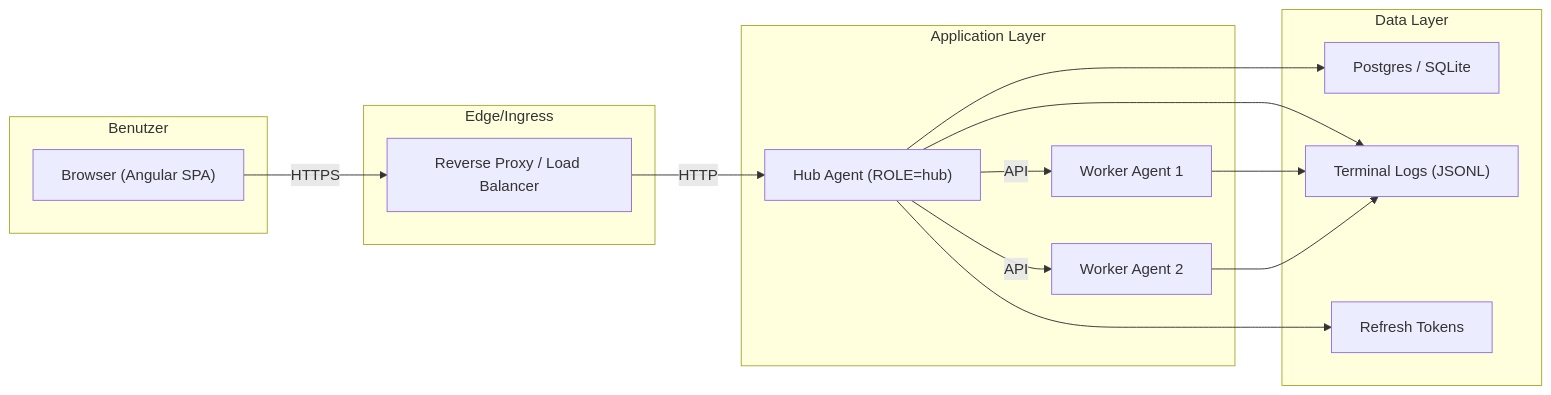
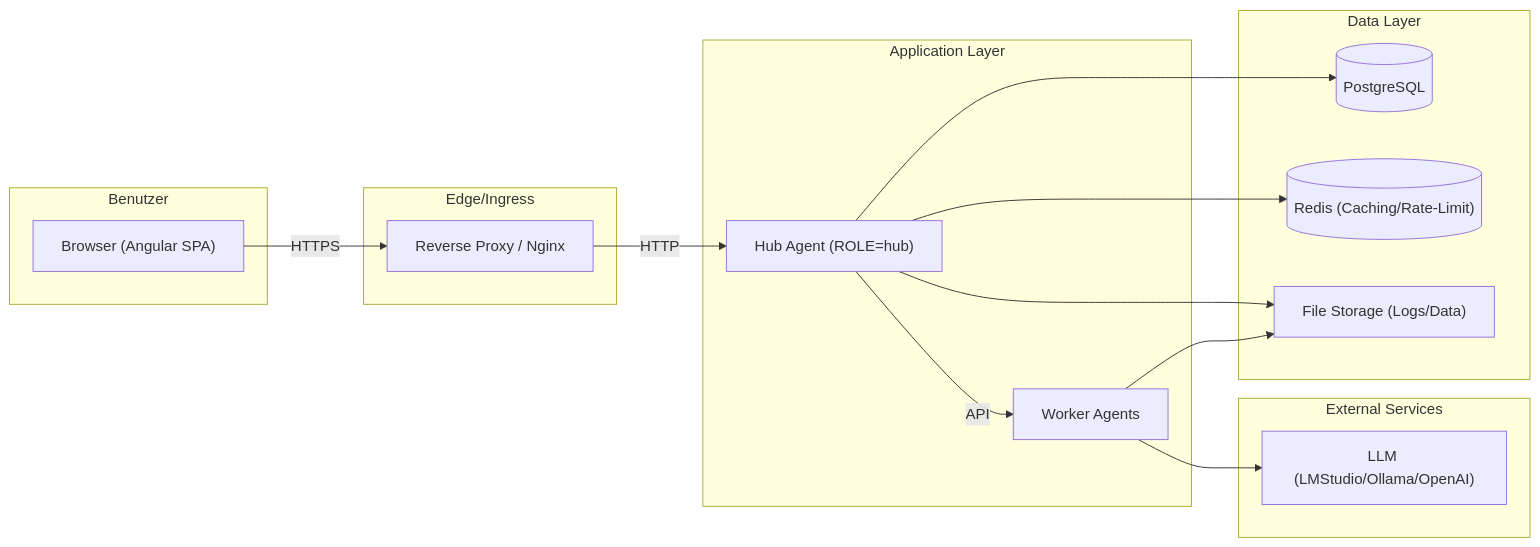
The diagram in architektur/uml/production-deployment.mmd (ananta888/ananta), drawn with Mermaid before and after one commit. The commit also changed 12 other files, not shown here.

Commit message:
Add Dockerfile for frontend-angular, disable Angular cache, enhance Mock-LLM responses, consolidate test dependencies, and update architecture diagram with Redis and LLM-provider.

```diff
--- a/architektur/uml/production-deployment.mmd
+++ b/architektur/uml/production-deployment.mmd
@@ -1,30 +1,32 @@
 flowchart LR
   subgraph Users["Benutzer"]
     Browser["Browser (Angular SPA)"]
   end
 
   subgraph Edge["Edge/Ingress"]
-    LB["Reverse Proxy / Load Balancer"]
+    LB["Reverse Proxy / Nginx"]
   end
 
   subgraph App["Application Layer"]
     Hub["Hub Agent (ROLE=hub)"]
-    Worker1["Worker Agent 1"]
-    Worker2["Worker Agent 2"]
+    Worker["Worker Agents"]
   end
 
   subgraph Data["Data Layer"]
-    DB["Postgres / SQLite"]
-    Logs["Terminal Logs (JSONL)"]
-    Tokens["Refresh Tokens"]
+    DB[("PostgreSQL")]
+    Redis[("Redis (Caching/Rate-Limit)")]
+    Files["File Storage (Logs/Data)"]
+  end
+
+  subgraph External["External Services"]
+    LLM["LLM (LMStudio/Ollama/OpenAI)"]
   end
 
   Browser -->|HTTPS| LB
   LB -->|HTTP| Hub
-  Hub -->|API| Worker1
-  Hub -->|API| Worker2
+  Hub -->|API| Worker
   Hub --> DB
-  Hub --> Logs
-  Hub --> Tokens
-  Worker1 --> Logs
-  Worker2 --> Logs
+  Hub --> Redis
+  Hub --> Files
+  Worker --> Files
+  Worker --> LLM
```
